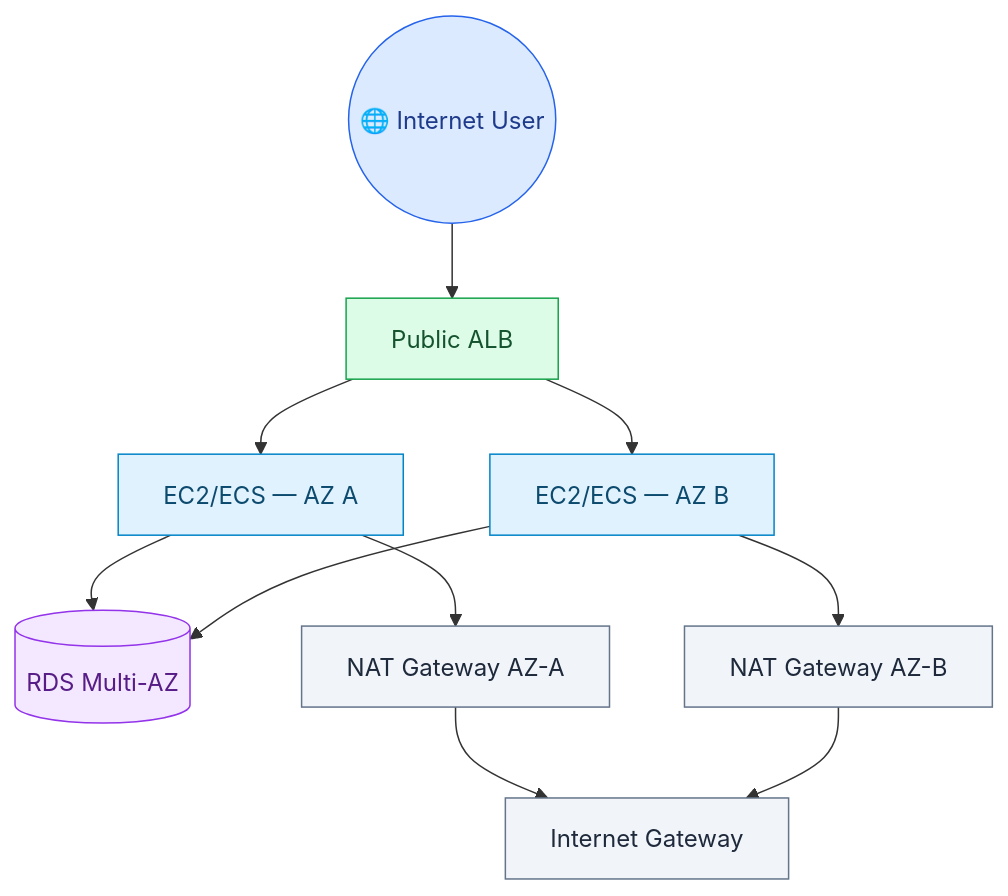
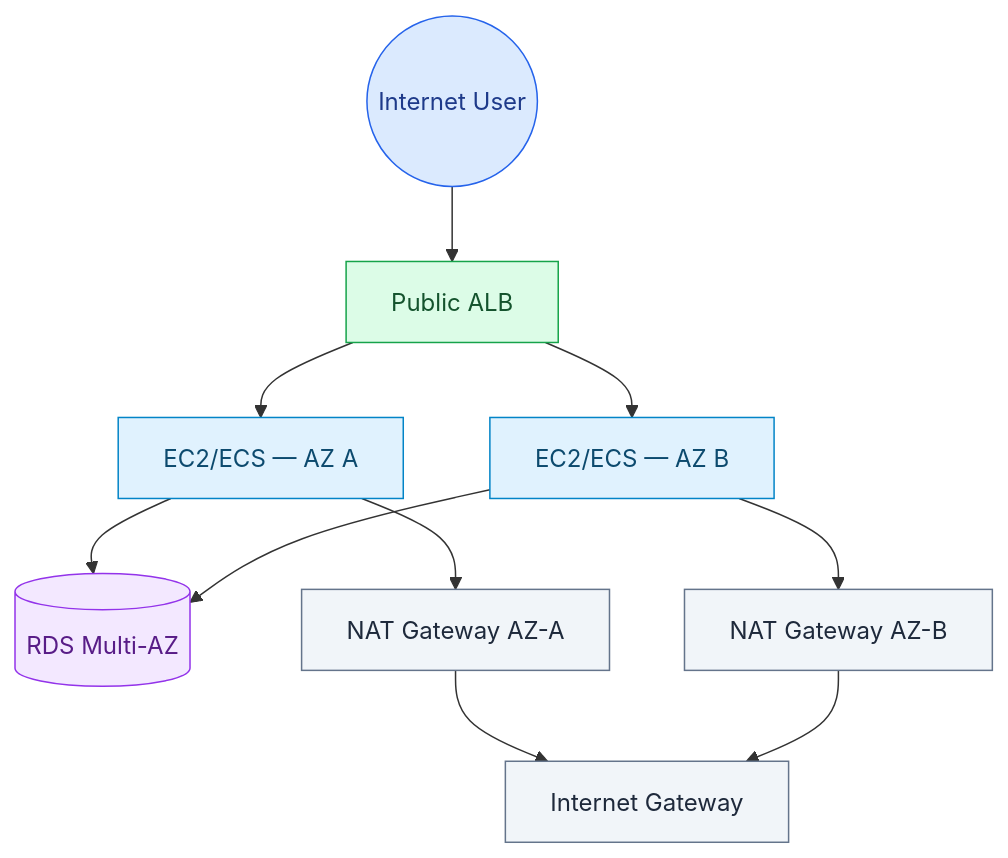
One commit to dinhnhatnguyen/Map_di_phong_van changed the diagram in AWS/01-core-services/networking.md. Above: the diagram before and after it, drawn with Mermaid. The commit also changed other lines of this file, not shown here.

````diff
--- a/AWS/01-core-services/networking.md
+++ b/AWS/01-core-services/networking.md
@@ -33,18 +33,18 @@
 ```mermaid
 flowchart TD
     classDef internet fill:#dbeafe,stroke:#2563eb,color:#1e3a8a
     classDef lb       fill:#dcfce7,stroke:#16a34a,color:#14532d
     classDef compute  fill:#e0f2fe,stroke:#0284c7,color:#0c4a6e
     classDef db       fill:#f3e8ff,stroke:#9333ea,color:#581c87
     classDef nat      fill:#f1f5f9,stroke:#64748b,color:#1e293b
 
-    User((🌐 Internet User)):::internet --> ALB[Public ALB]:::lb
+    User((Internet User)):::internet --> ALB[Public ALB]:::lb
     ALB --> App1[EC2/ECS — AZ A]:::compute
     ALB --> App2[EC2/ECS — AZ B]:::compute
     App1 --> DB[(RDS Multi-AZ)]:::db
     App2 --> DB
     App1 --> NAT1[NAT Gateway AZ-A]:::nat
     App2 --> NAT2[NAT Gateway AZ-B]:::nat
     NAT1 --> IGW[Internet Gateway]:::nat
     NAT2 --> IGW
 ```
````
